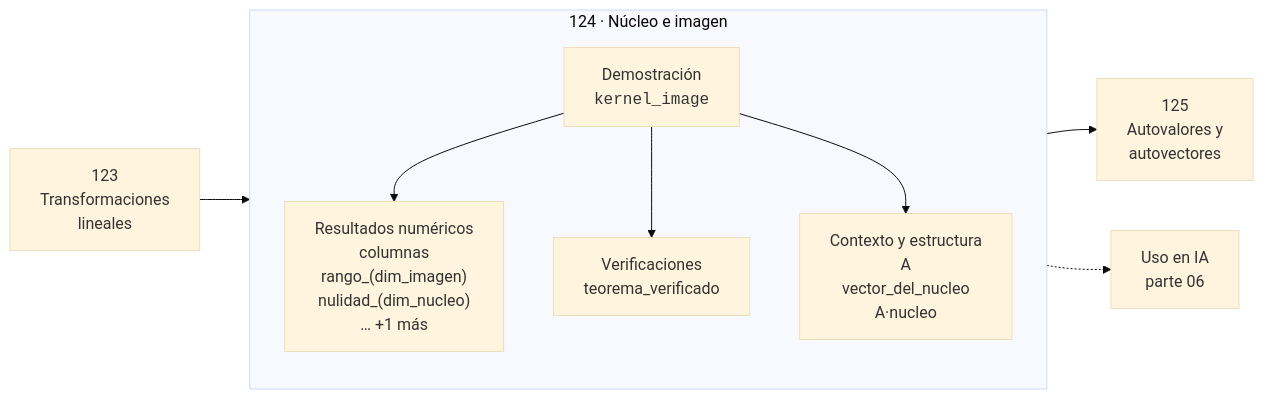
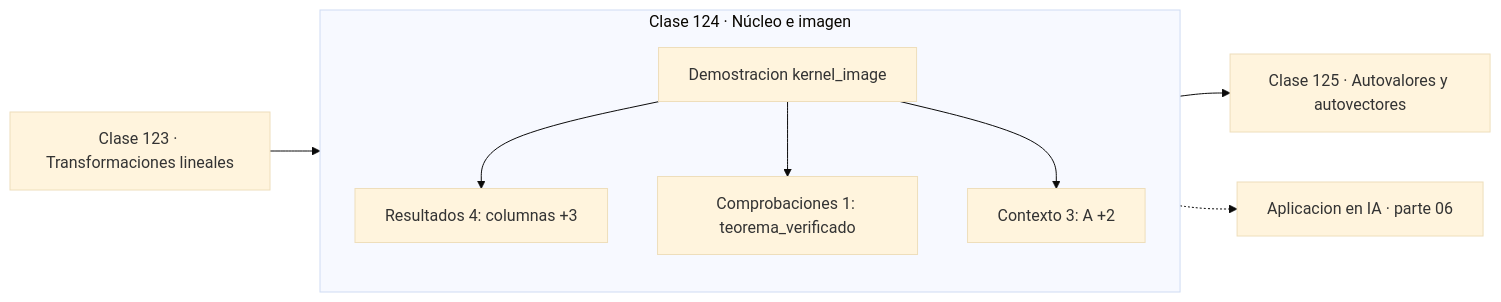
One commit to vladimiracunadev-create/computational-mathematics-program changed the diagram in classes/part-06-algebra-lineal-ii-descomposiciones-y-tensores/124-nucleo-e-imagen/README.md. Above: the diagram before and after it, drawn with Mermaid (base theme). The commit also changed 389 other files, not shown here.

First line of the commit message:
fix(diagramas): elimina el HTML de las etiquetas Mermaid

````diff
--- a/classes/part-06-algebra-lineal-ii-descomposiciones-y-tensores/124-nucleo-e-imagen/README.md
+++ b/classes/part-06-algebra-lineal-ii-descomposiciones-y-tensores/124-nucleo-e-imagen/README.md
@@ -30,12 +30,13 @@
 ```mermaid
 flowchart LR
-    P["123<br/>Transformaciones<br/>lineales"] --> C
-    subgraph C["124 · Núcleo e imagen"]
+    P["Clase 123 · Transformaciones lineales"] --> D
+    subgraph CLASE["Clase 124 · Núcleo e imagen"]
         direction TB
-        D["Demostración<br/><code>kernel_image</code>"] --> R["Resultados numéricos<br/>columnas<br/>rango_(dim_imagen)<br/>nulidad_(dim_nucleo)<br/>… +1 más"]
-        D --> V["Verificaciones<br/>teorema_verificado"]
-        D --> O["Contexto y estructura<br/>A<br/>vector_del_nucleo<br/>A·nucleo"]
+        D["Demostracion kernel_image"]
+        D --> R["Resultados 4: columnas +3"]
+        D --> V["Comprobaciones 1: teorema_verificado"]
+        D --> O["Contexto 3: A +2"]
     end
-    C --> N["125<br/>Autovalores y<br/>autovectores"]
-    C -.-> IA["Uso en IA<br/>parte 06"]
+    R --> N["Clase 125 · Autovalores y autovectores"]
+    V -.-> IA["Aplicacion en IA · parte 06"]
 ```
````
